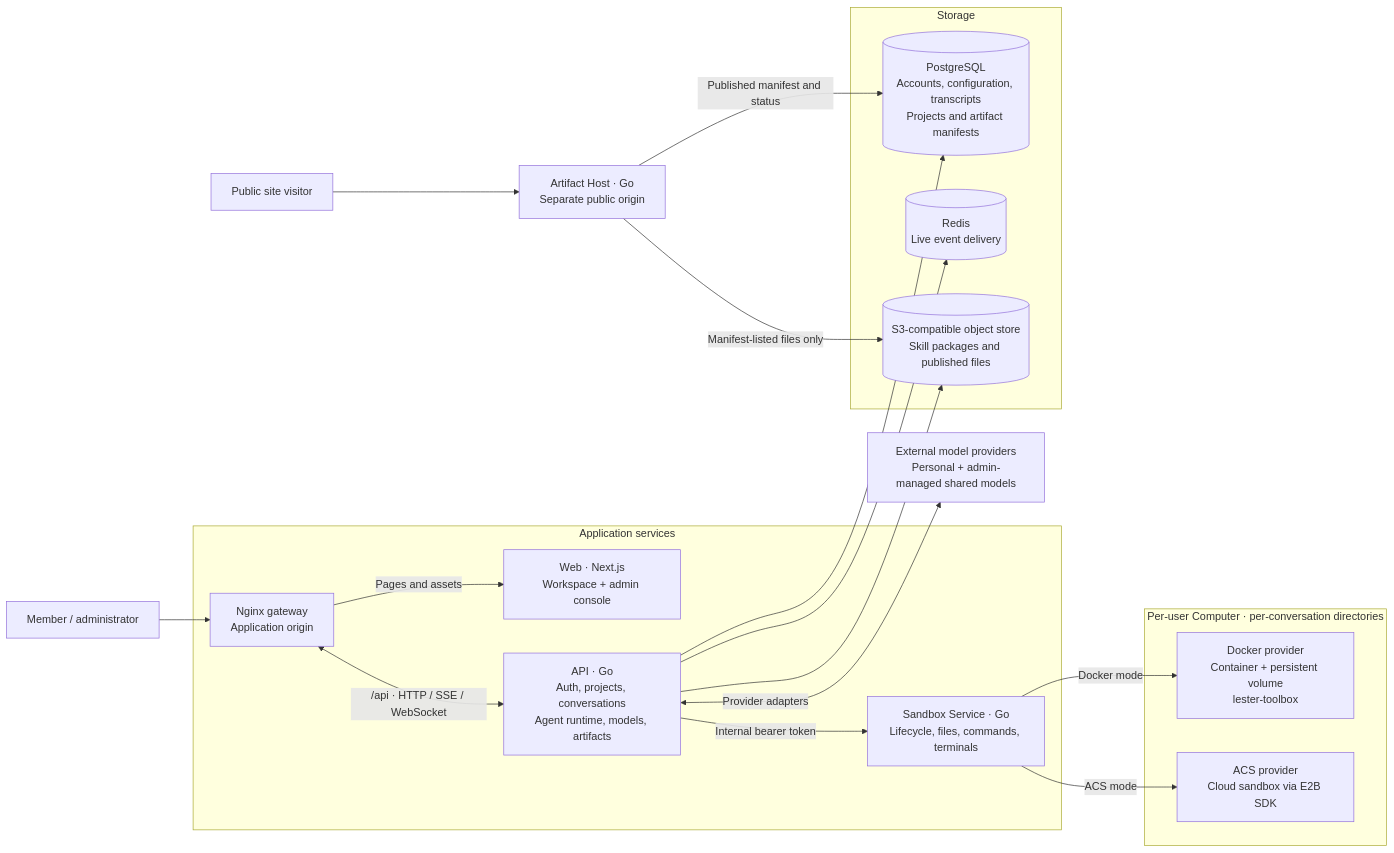
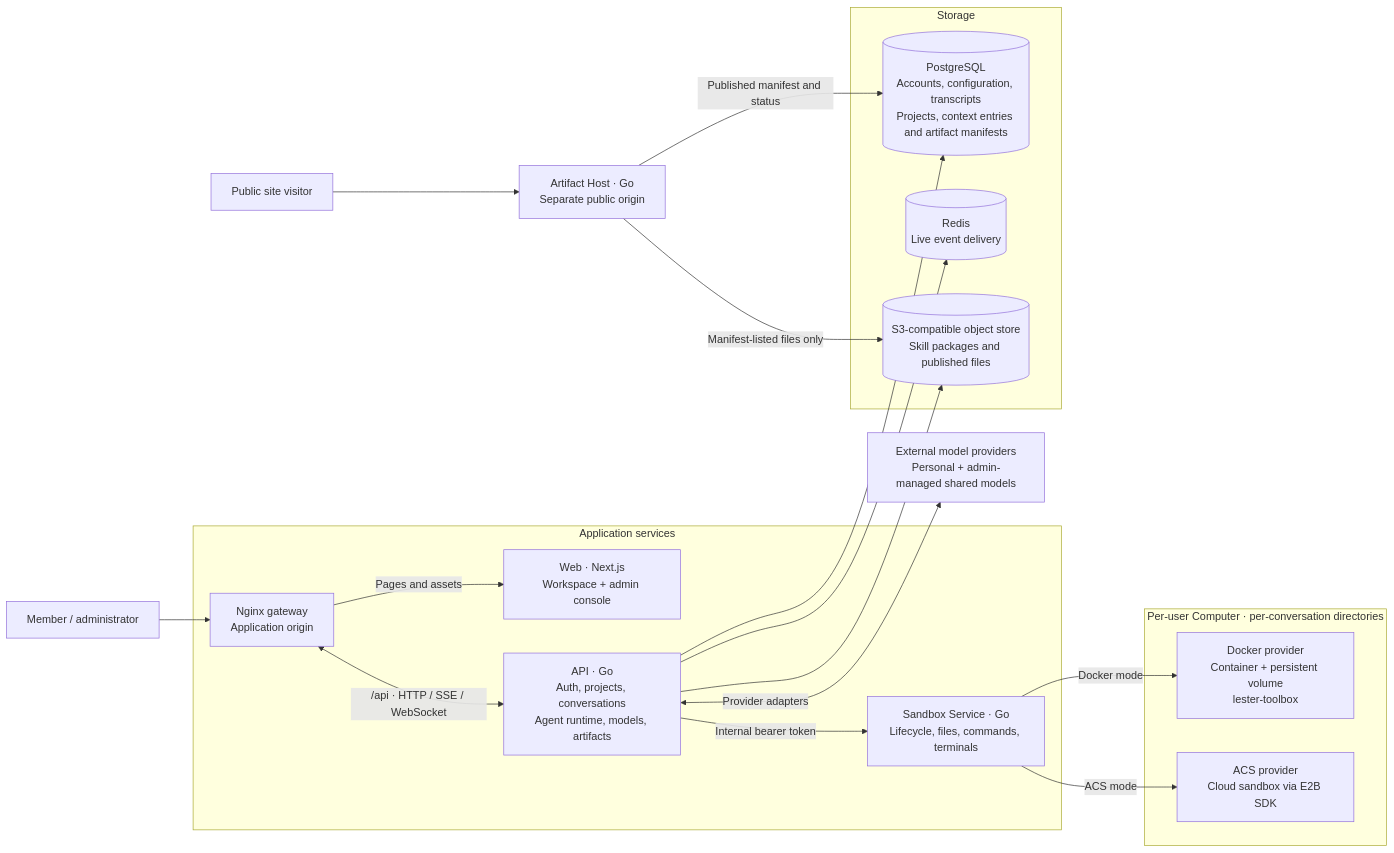
One commit to biubiuqiu/lester-agent changed the first of 2 diagrams in README.md. Above: the diagram before and after it, drawn with Mermaid. The commit also changed other lines of this file and 22 other files, not shown here.

````diff
--- a/README.md
+++ b/README.md
@@ -180,32 +192,32 @@
 ```mermaid
 flowchart LR
     User["Member / administrator"] --> Gateway["Nginx gateway<br/>Application origin"]
 
     subgraph App["Application services"]
         Gateway -->|"Pages and assets"| Web["Web · Next.js<br/>Workspace + admin console"]
         Gateway <-->|"/api · HTTP / SSE / WebSocket"| API["API · Go<br/>Auth, projects, conversations<br/>Agent runtime, models, artifacts"]
         API -->|"Internal bearer token"| Sandbox["Sandbox Service · Go<br/>Lifecycle, files, commands, terminals"]
     end
 
     subgraph Data["Storage"]
-        DB[("PostgreSQL<br/>Accounts, configuration, transcripts<br/>Projects and artifact manifests")]
+        DB[("PostgreSQL<br/>Accounts, configuration, transcripts<br/>Projects, context entries and artifact manifests")]
         Redis[("Redis<br/>Live event delivery")]
         Objects[("S3-compatible object store<br/>Skill packages and published files")]
     end
 
     API --> DB
     API --> Redis
     API --> Objects
     API <-->|"Provider adapters"| Models["External model providers<br/>Personal + admin-managed shared models"]
 
     subgraph Computers["Per-user Computer · per-conversation directories"]
         Docker["Docker provider<br/>Container + persistent volume<br/>lester-toolbox"]
         ACS["ACS provider<br/>Cloud sandbox via E2B SDK"]
     end
     Sandbox -->|"Docker mode"| Docker
     Sandbox -->|"ACS mode"| ACS
 
     Visitor["Public site visitor"] --> Host["Artifact Host · Go<br/>Separate public origin"]
     Host -->|"Published manifest and status"| DB
     Host -->|"Manifest-listed files only"| Objects
 ```
````
